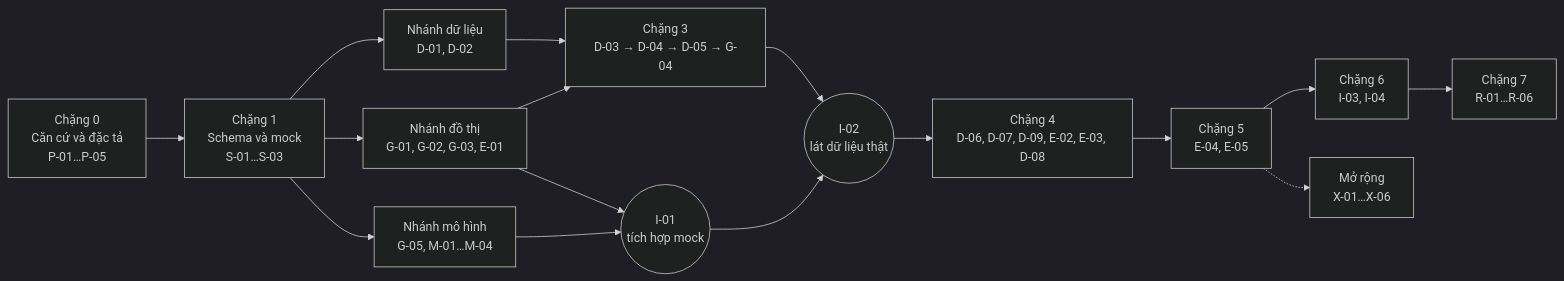
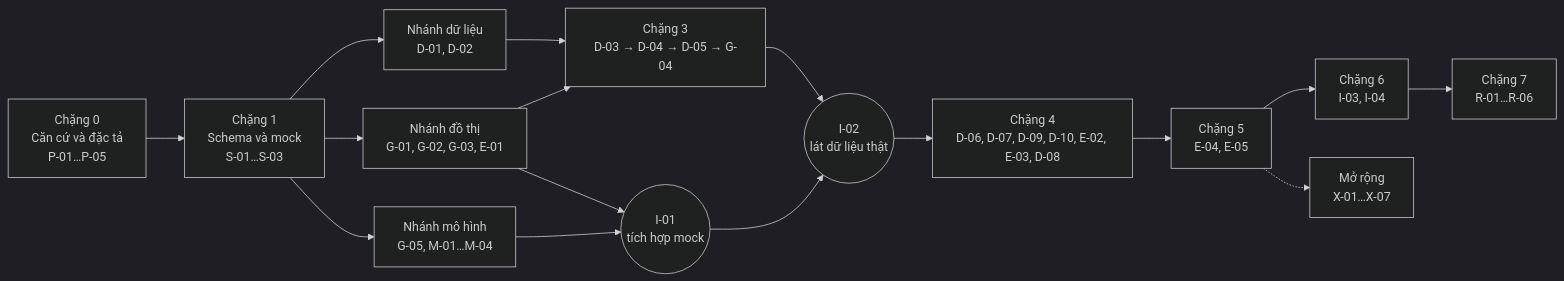
The diagram in plan/ke-hoach-trien-khai-nhom-3-nguoi.md (ntd4nh/LTAT_CK61), drawn with Mermaid (dark theme) before and after one commit. The commit also changed other lines of this file, not shown here.

````diff
--- a/plan/ke-hoach-trien-khai-nhom-3-nguoi.md
+++ b/plan/ke-hoach-trien-khai-nhom-3-nguoi.md
@@ -156,18 +168,18 @@
 ```mermaid
 flowchart LR
   C0["Chặng 0<br/>Căn cứ và đặc tả<br/>P-01…P-05"] --> C1["Chặng 1<br/>Schema và mock<br/>S-01…S-03"]
   C1 --> NA["Nhánh dữ liệu<br/>D-01, D-02"]
   C1 --> NB["Nhánh đồ thị<br/>G-01, G-02, G-03, E-01"]
   C1 --> NC["Nhánh mô hình<br/>G-05, M-01…M-04"]
   NB --> I1(("I-01<br/>tích hợp mock"))
   NC --> I1
   NA --> C3["Chặng 3<br/>D-03 → D-04 → D-05 → G-04"]
   NB --> C3
   C3 --> I2(("I-02<br/>lát dữ liệu thật"))
   I1 --> I2
-  I2 --> C4["Chặng 4<br/>D-06, D-07, D-09, E-02, E-03, D-08"]
+  I2 --> C4["Chặng 4<br/>D-06, D-07, D-09, D-10, E-02, E-03, D-08"]
   C4 --> C5["Chặng 5<br/>E-04, E-05"]
   C5 --> C6["Chặng 6<br/>I-03, I-04"]
   C6 --> C7["Chặng 7<br/>R-01…R-06"]
-  C5 -.-> X["Mở rộng<br/>X-01…X-06"]
+  C5 -.-> X["Mở rộng<br/>X-01…X-07"]
 ```
````
